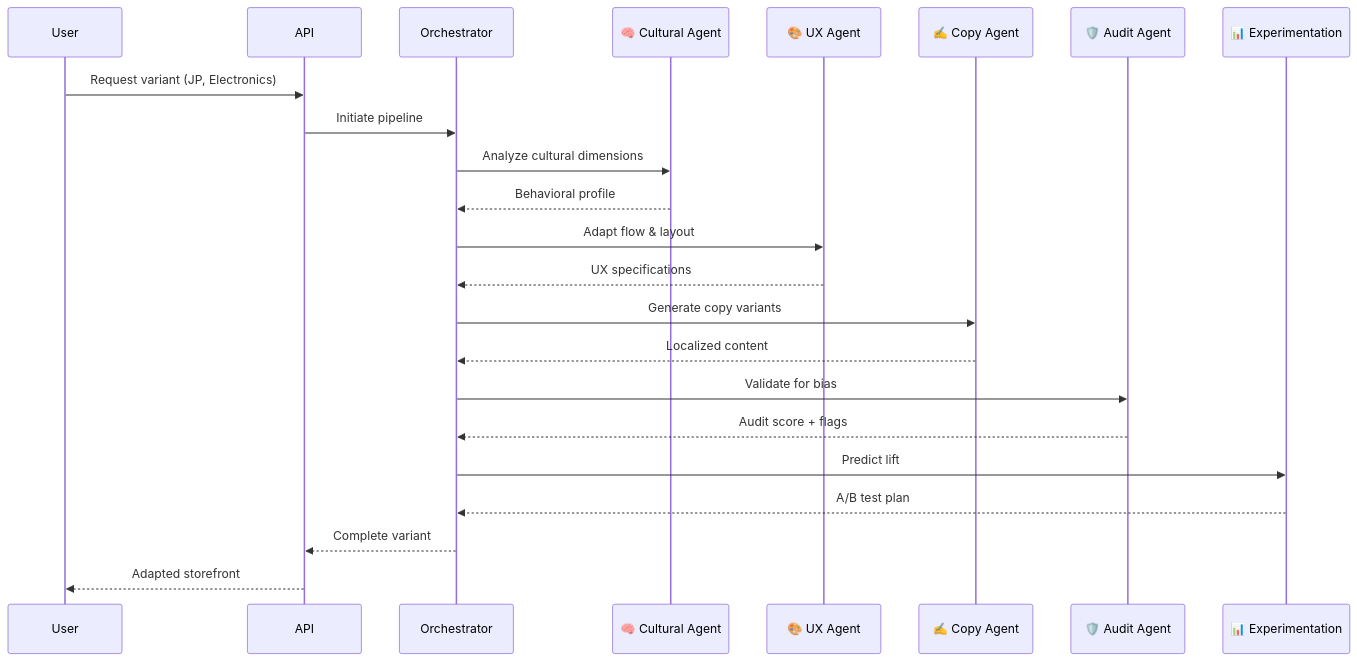
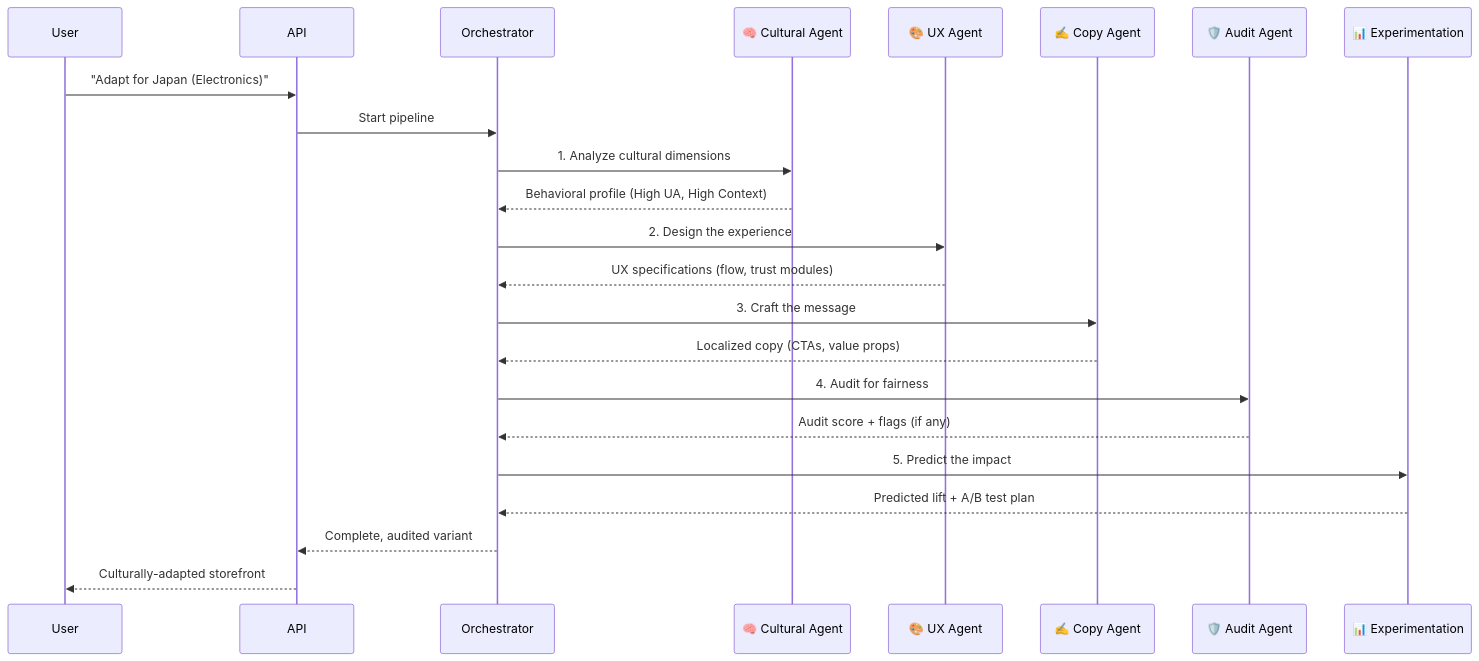
Before and after one commit to JoshuaRosales7/CultureBridge-AI: the first of 2 diagrams in README.md, drawn with Mermaid. The commit also changed other lines of this file, not shown here.

````diff
--- a/README.md
+++ b/README.md
@@ -176,32 +159,32 @@
 ```mermaid
 sequenceDiagram
     participant User
     participant API
     participant Orchestrator
     participant Cultural as 🧠 Cultural Agent
     participant UX as 🎨 UX Agent
     participant Copy as ✍️ Copy Agent
     participant Audit as 🛡️ Audit Agent
     participant Exp as 📊 Experimentation
 
-    User->>API: Request variant (JP, Electronics)
-    API->>Orchestrator: Initiate pipeline
+    User->>API: "Adapt for Japan (Electronics)"
+    API->>Orchestrator: Start pipeline
     
-    Orchestrator->>Cultural: Analyze cultural dimensions
-    Cultural-->>Orchestrator: Behavioral profile
+    Orchestrator->>Cultural: 1. Analyze cultural dimensions
+    Cultural-->>Orchestrator: Behavioral profile (High UA, High Context)
     
-    Orchestrator->>UX: Adapt flow & layout
-    UX-->>Orchestrator: UX specifications
+    Orchestrator->>UX: 2. Design the experience
+    UX-->>Orchestrator: UX specifications (flow, trust modules)
     
-    Orchestrator->>Copy: Generate copy variants
-    Copy-->>Orchestrator: Localized content
+    Orchestrator->>Copy: 3. Craft the message
+    Copy-->>Orchestrator: Localized copy (CTAs, value props)
     
-    Orchestrator->>Audit: Validate for bias
-    Audit-->>Orchestrator: Audit score + flags
+    Orchestrator->>Audit: 4. Audit for fairness
+    Audit-->>Orchestrator: Audit score + flags (if any)
     
-    Orchestrator->>Exp: Predict lift
-    Exp-->>Orchestrator: A/B test plan
+    Orchestrator->>Exp: 5. Predict the impact
+    Exp-->>Orchestrator: Predicted lift + A/B test plan
     
-    Orchestrator-->>API: Complete variant
-    API-->>User: Adapted storefront
+    Orchestrator-->>API: Complete, audited variant
+    API-->>User: Culturally-adapted storefront
 ```
````
